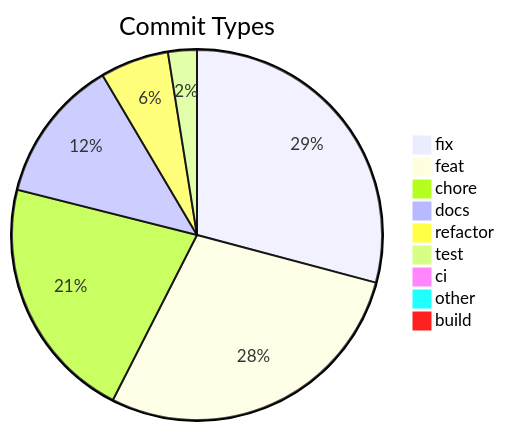
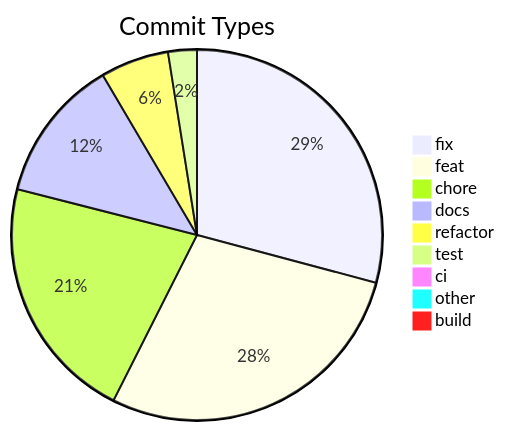
Before and after one commit to svenroth-ai/shipwright: the diagram in .shipwright/compliance/change-history.md, drawn with Mermaid. The commit also changed other lines of this file and 35 other files, not shown here.

````diff
--- a/.shipwright/compliance/change-history.md
+++ b/.shipwright/compliance/change-history.md
@@ -8,12 +8,12 @@
 ```mermaid
 pie title Commit Types
-    "fix" : 336
+    "fix" : 337
     "feat" : 327
-    "chore" : 247
+    "chore" : 249
     "docs" : 145
     "refactor" : 69
     "test" : 29
     "ci" : 11
     "other" : 9
     "build" : 1
 ```
````
